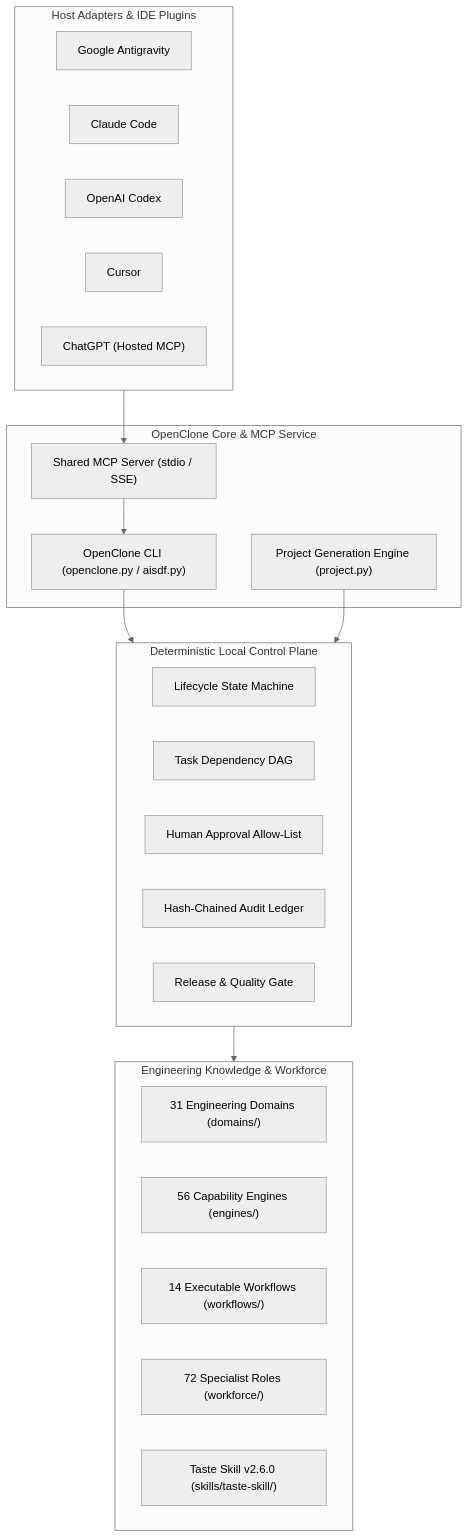
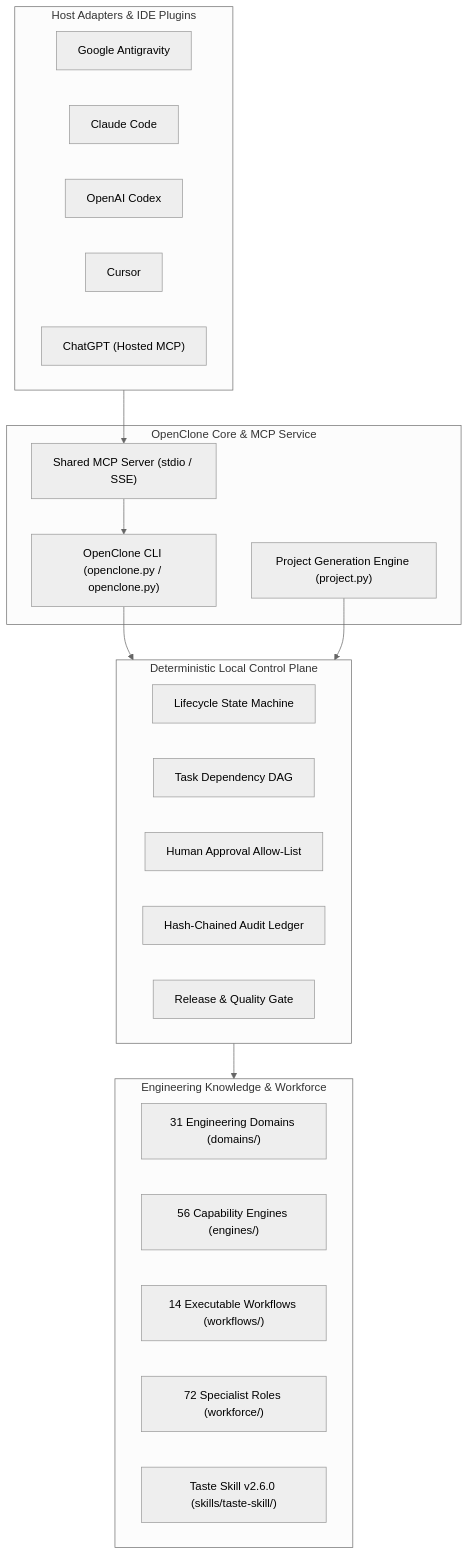
Before and after one commit to MK-1603/OpenClone: the diagram in project.md, drawn with Mermaid (neutral theme). The commit also changed other lines of this file and 99 other files, not shown here.

Commit message:
chore(cleanup): remove unwanted root logs and legacy AISDF stubs, standardize OpenClone naming

````diff
--- a/project.md
+++ b/project.md
@@ -75,38 +75,38 @@
 ```mermaid
 flowchart TD
     subgraph HostIntegrations["Host Adapters & IDE Plugins"]
         AG["Google Antigravity"]
         CC["Claude Code"]
         CX["OpenAI Codex"]
         CR["Cursor"]
         GP["ChatGPT (Hosted MCP)"]
     end
 
     subgraph CoreService["OpenClone Core & MCP Service"]
         MCP["Shared MCP Server (stdio / SSE)"]
-        CLI["OpenClone CLI (openclone.py / aisdf.py)"]
+        CLI["OpenClone CLI (openclone.py / openclone.py)"]
         PRJ["Project Generation Engine (project.py)"]
     end
 
     subgraph DeterministicControlPlane["Deterministic Local Control Plane"]
         SM["Lifecycle State Machine"]
         DAG["Task Dependency DAG"]
         AP["Human Approval Allow-List"]
         HL["Hash-Chained Audit Ledger"]
         RG["Release & Quality Gate"]
     end
 
     subgraph KnowledgeAndWorkforce["Engineering Knowledge & Workforce"]
         DOM["31 Engineering Domains (domains/)"]
         ENG["56 Capability Engines (engines/)"]
         WF["14 Executable Workflows (workflows/)"]
         ROLES["72 Specialist Roles (workforce/)"]
         TASTE["Taste Skill v2.6.0 (skills/taste-skill/)"]
     end
 
     HostIntegrations --> MCP
     MCP --> CLI
     CLI --> DeterministicControlPlane
     PRJ --> DeterministicControlPlane
     DeterministicControlPlane --> KnowledgeAndWorkforce
 ```
````
